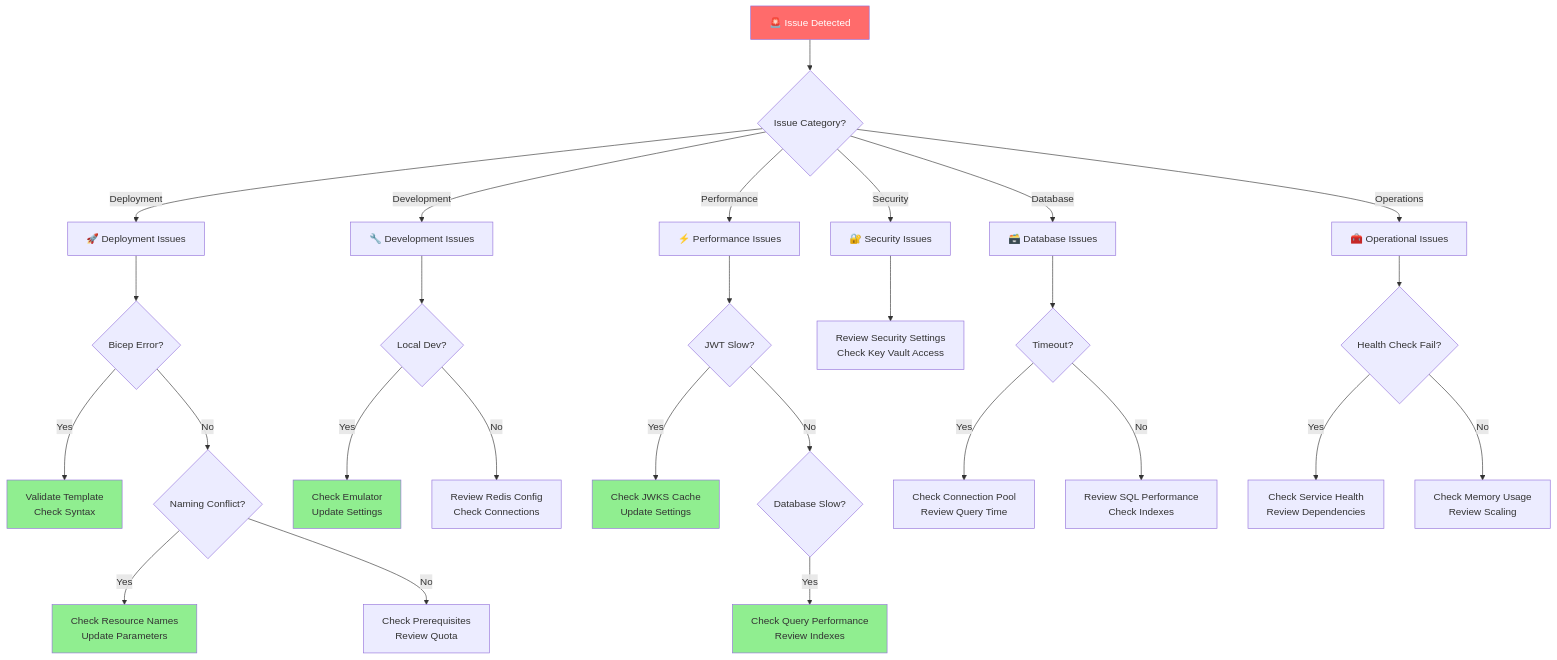
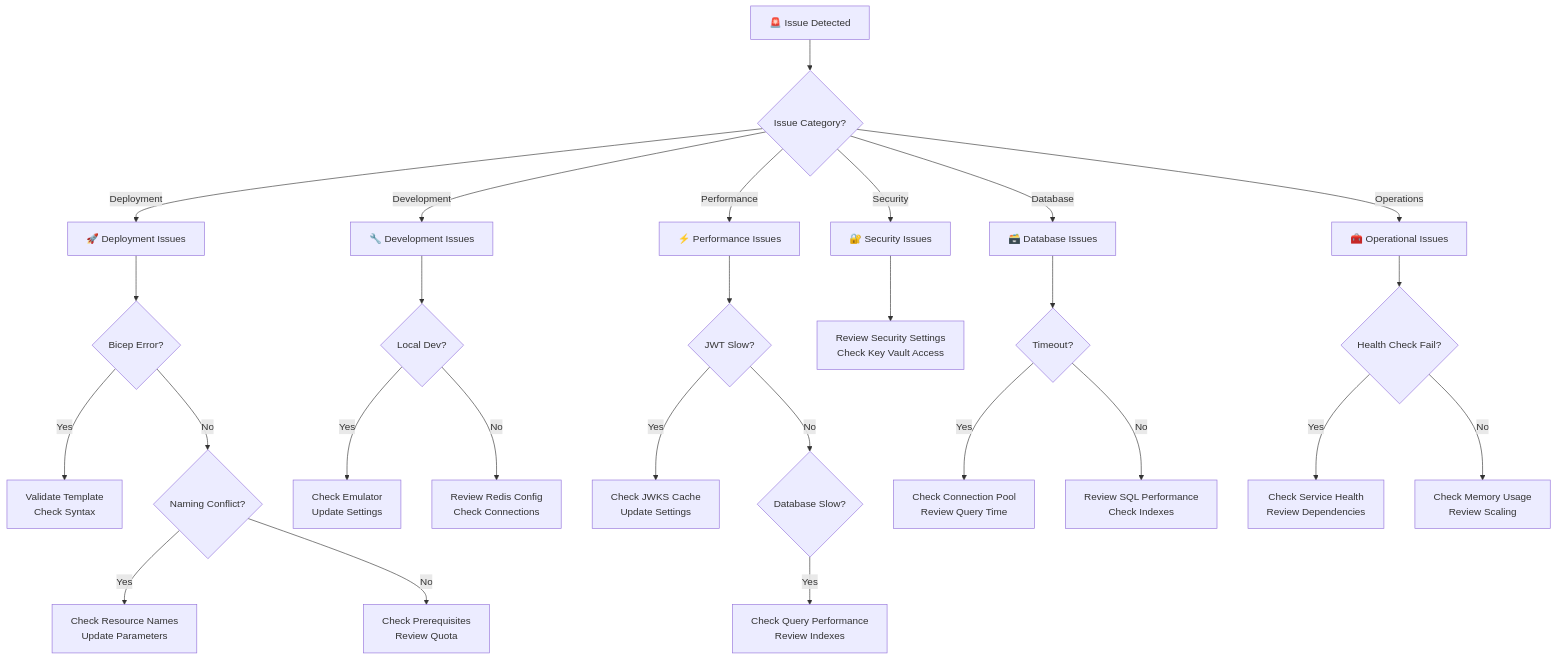
One commit to srnichols/StampsPattern changed the first of 2 diagrams in docs/KNOWN_ISSUES.md. Above: the diagram before and after it, drawn with Mermaid. The commit also changed other lines of this file and 10 other files, not shown here.

Commit message:
docs: add Mermaid theme sample with per-diagram init (neutral/dark)

````diff
--- a/docs/KNOWN_ISSUES.md
+++ b/docs/KNOWN_ISSUES.md
@@ -47,43 +47,37 @@
 ```mermaid
 graph TD
     A[🚨 Issue Detected] --> B{Issue Category?}
     
     B -->|Deployment| C[🚀 Deployment Issues]
     B -->|Development| D[🔧 Development Issues]
     B -->|Performance| E[⚡ Performance Issues]
     B -->|Security| F[🔐 Security Issues]
     B -->|Database| G[🗃️ Database Issues]
     B -->|Operations| H[🧰 Operational Issues]
     
     C --> C1{Bicep Error?}
     C1 -->|Yes| C2[Validate Template<br/>Check Syntax]
     C1 -->|No| C3{Naming Conflict?}
     C3 -->|Yes| C4[Check Resource Names<br/>Update Parameters]
     C3 -->|No| C5[Check Prerequisites<br/>Review Quota]
     
     D --> D1{Local Dev?}
     D1 -->|Yes| D2[Check Emulator<br/>Update Settings]
     D1 -->|No| D3[Review Redis Config<br/>Check Connections]
     
     E --> E1{JWT Slow?}
     E1 -->|Yes| E2[Check JWKS Cache<br/>Update Settings]
     E1 -->|No| E3{Database Slow?}
     E3 -->|Yes| E4[Check Query Performance<br/>Review Indexes]
     
     F --> F1[Review Security Settings<br/>Check Key Vault Access]
     
     G --> G1{Timeout?}
     G1 -->|Yes| G2[Check Connection Pool<br/>Review Query Time]
     G1 -->|No| G3[Review SQL Performance<br/>Check Indexes]
     
     H --> H1{Health Check Fail?}
     H1 -->|Yes| H2[Check Service Health<br/>Review Dependencies]
     H1 -->|No| H3[Check Memory Usage<br/>Review Scaling]
-    
-    style A fill:#ff6b6b,color:#fff
-    style C2 fill:#90EE90
-    style C4 fill:#90EE90
-    style D2 fill:#90EE90
-    style E2 fill:#90EE90
-    style E4 fill:#90EE90
+
 ```
````
